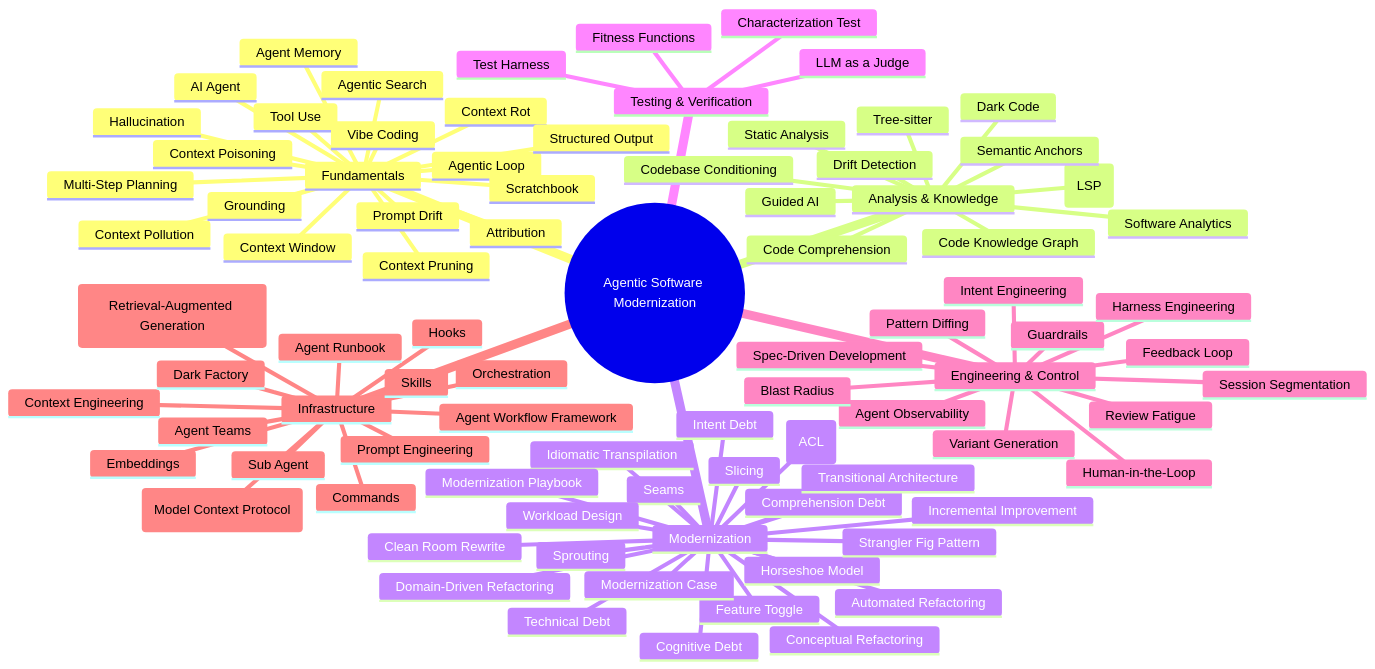
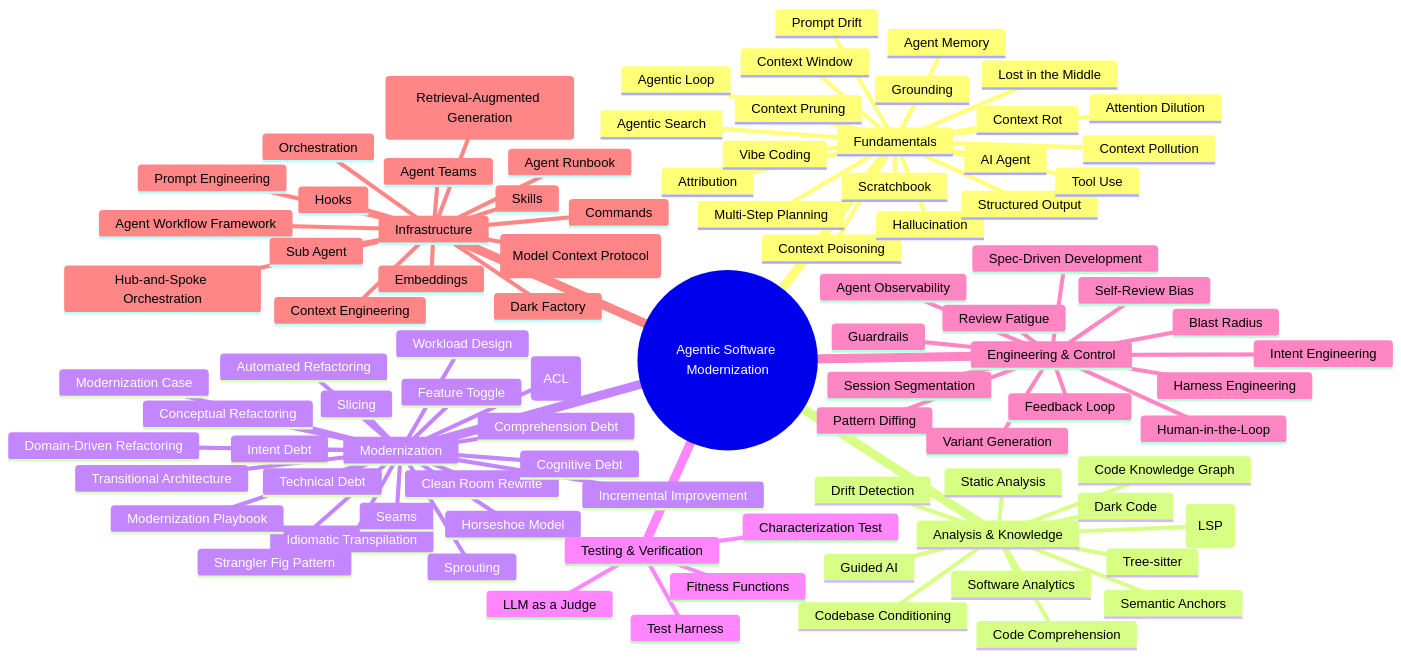
Before and after one commit to feststelltaste/asm-glossary: the sixth of 6 diagrams in docs/concept-maps.md, drawn with Mermaid. The commit also changed 12 other files, not shown here.

```diff
--- a/docs/concept-maps.md
+++ b/docs/concept-maps.md
@@ -187,6 +187,7 @@
       Agent Memory
       Agentic Loop
       Agentic Search
+      Attention Dilution
       Attribution
       Context Poisoning
       Context Pollution
@@ -195,6 +196,7 @@
       Context Window
       Grounding
       Hallucination
+      Lost in the Middle
       Multi-Step Planning
       Prompt Drift
       Scratchbook
@@ -250,6 +252,7 @@
       Intent Engineering
       Pattern Diffing
       Review Fatigue
+      Self-Review Bias
       Session Segmentation
       Spec-Driven Development
       Variant Generation
@@ -262,6 +265,7 @@
       Dark Factory
       Embeddings
       Hooks
+      Hub-and-Spoke Orchestration
       MCP (Model Context Protocol)
       Orchestration
       Prompt Engineering
```
